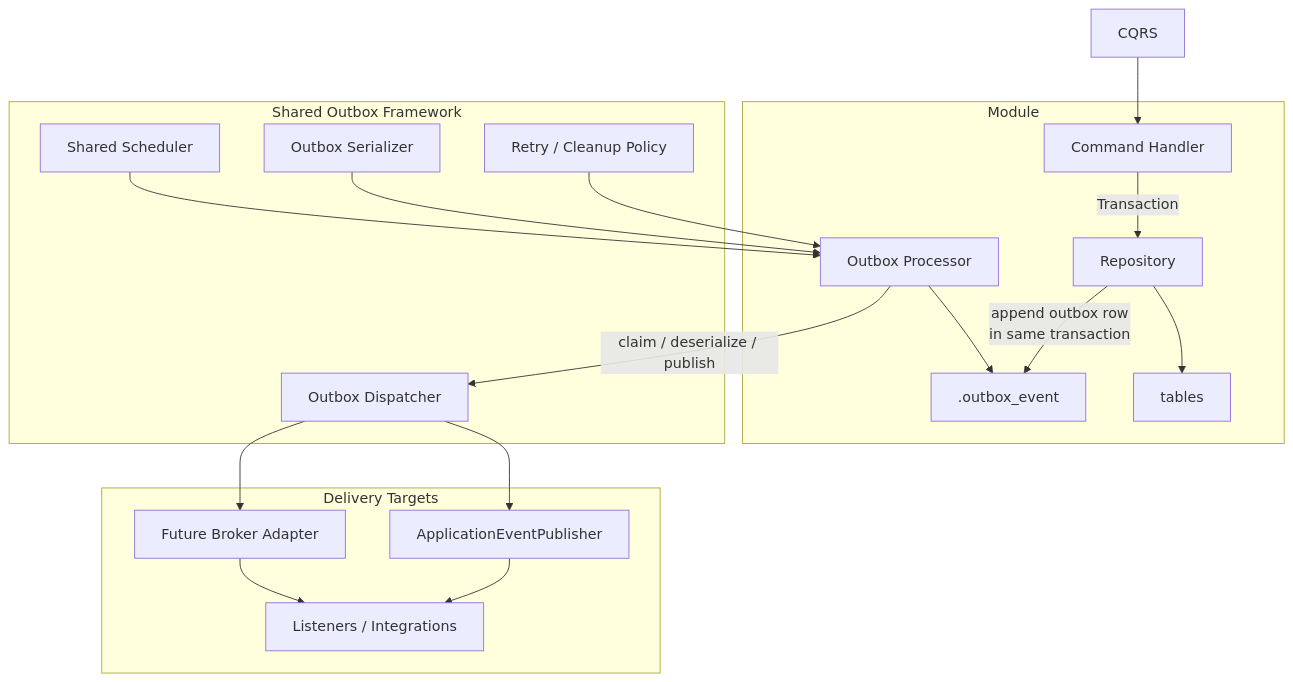
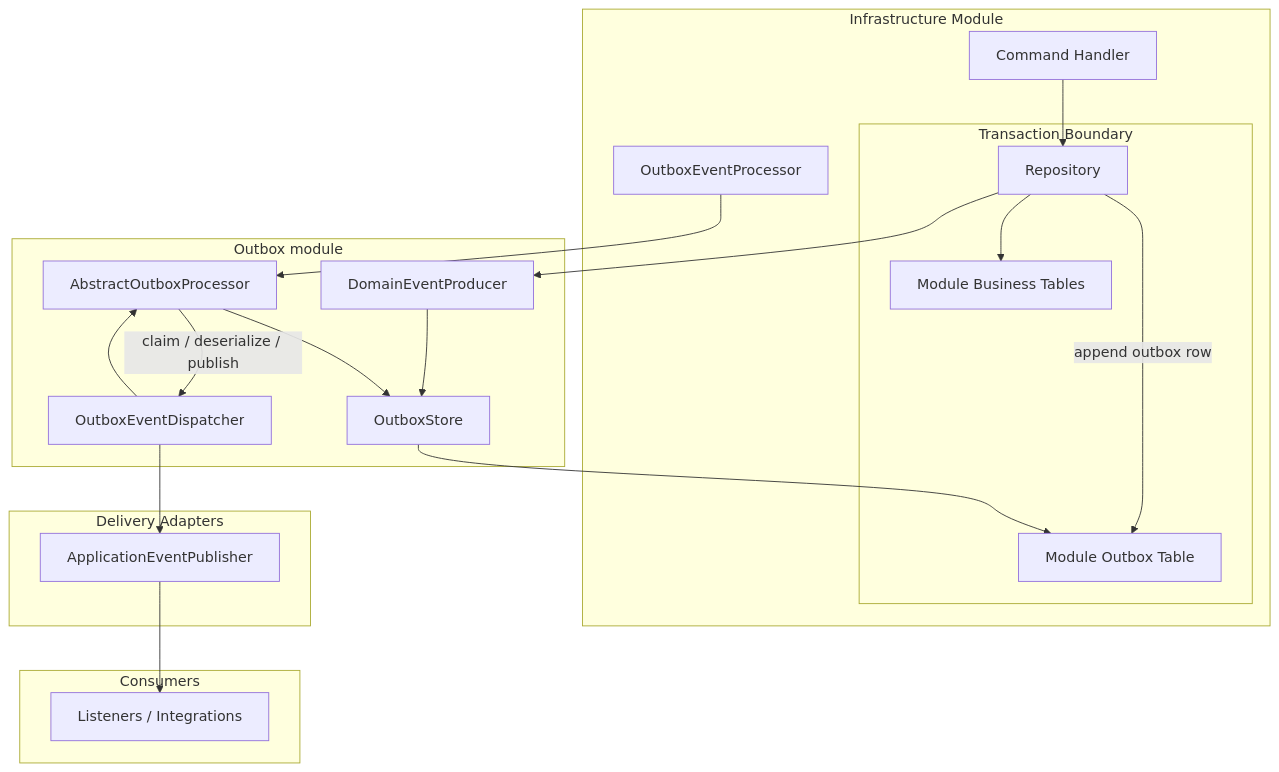
One commit to khinemyaezin/grab changed the first of 3 diagrams in docs/architecture/diagrams/module-scoped-outbox.md. Above: the diagram before and after it, drawn with Mermaid. The commit also changed other lines of this file and 33 other files, not shown here.

Commit message:
feat: implement outbox infrastructure with new event models and processors

````diff
--- a/docs/architecture/diagrams/module-scoped-outbox.md
+++ b/docs/architecture/diagrams/module-scoped-outbox.md
@@ -14,42 +14,45 @@
 ```mermaid
 flowchart TB
-    subgraph Module["Module"]
+    subgraph Module["Infrastructure Module"]
         Handler["Command Handler"]
-        Repo["Repository"]
-        Data["tables"]
-        Outbox[".outbox_event"]
-        Processor["Outbox Processor"]
+        
+        subgraph Transaction["Transaction Boundary"]
+            Repo["Repository"]
+            Data["Module Business Tables"]
+            Outbox["Module Outbox Table"]
+        end
+  
+        Wrapper["OutboxEventProcessor"]
     end
 
-    subgraph Framework["Shared Outbox Framework"]
-        Scheduler["Shared Scheduler"]
-        Serializer["Outbox Serializer"]
-        Dispatcher["Outbox Dispatcher"]
-        Retry["Retry / Cleanup Policy"]
+    subgraph Adapter["Outbox module"]
+        Producer["DomainEventProducer"]
+        Store["OutboxStore"]
+        Processor["AbstractOutboxProcessor"]
+        Dispatcher["OutboxEventDispatcher"]
     end
 
-    subgraph Delivery["Delivery Targets"]
+    subgraph Delivery["Delivery Adapters"]
         InProcess["ApplicationEventPublisher"]
-        Broker["Future Broker Adapter"]
-        Consumers["Listeners / Integrations"]
     end
 
-    CQRS --> Handler
+    subgraph Consumers["Consumers"]
+        Listener["Listeners / Integrations"]
+    end
 
-    Handler -- "Transaction" --> Repo
+
+    Handler --> Repo
     Repo --> Data
-    Repo -- "append outbox row\nin same transaction" --> Outbox
-
-    Scheduler --> Processor
-    Serializer --> Processor
-    
-    Retry --> Processor
-    
-    Processor --> Outbox
+    Repo -- "append outbox row" --> Outbox
+    Repo --> Producer
+    Producer --> Store
+    Store --> Outbox
+    Wrapper --> Processor
     Processor -- "claim / deserialize / publish" --> Dispatcher
+    Processor --> Store
+    Dispatcher --> Processor
 
     Dispatcher --> InProcess
-    Dispatcher --> Broker
-    InProcess --> Consumers
-    Broker --> Consumers
+
+    InProcess --> Listener
 ```
````
